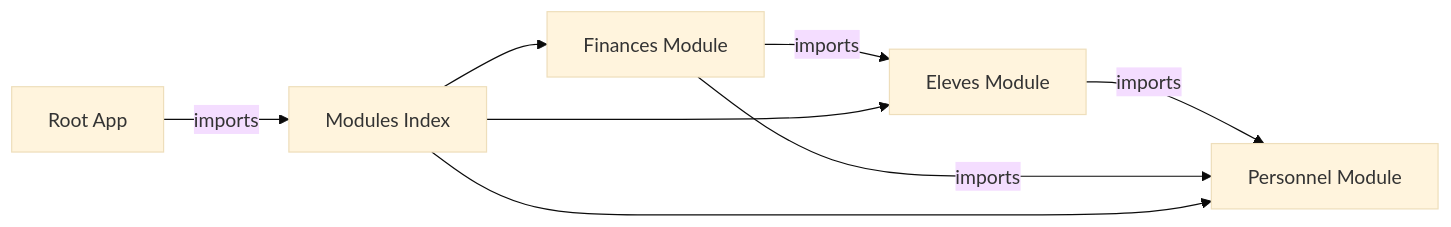
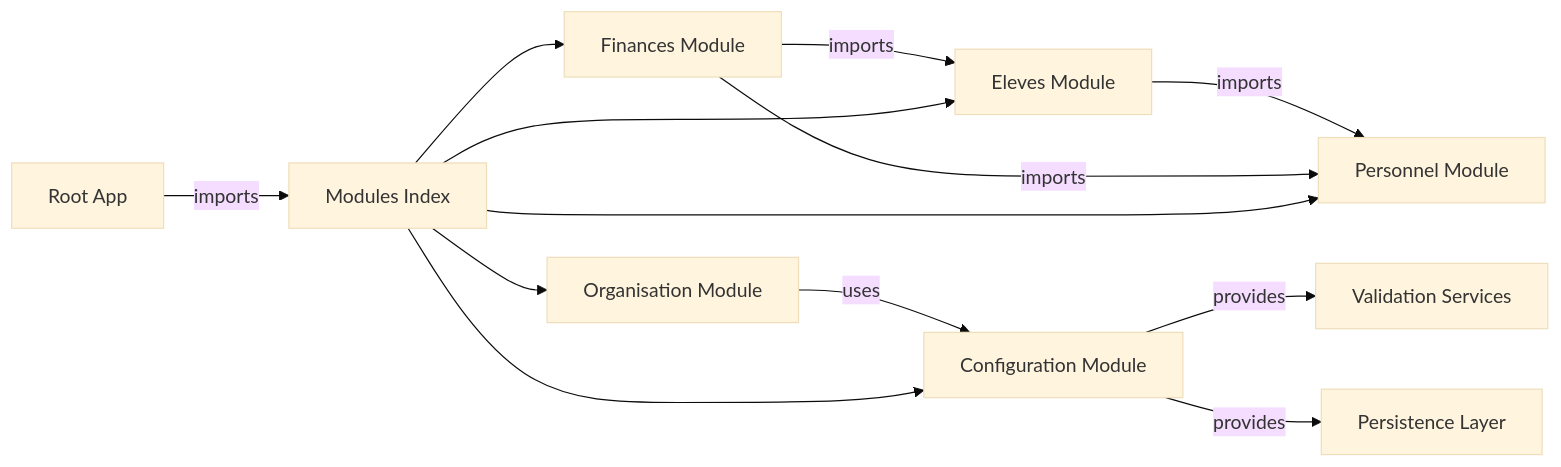
One commit to franckylab/eLISAschool changed the sixth of 6 diagrams in .qoder/repowiki/en/content/System Architecture/Backend Architecture/Modular Architecture Pattern.md. Above: the diagram before and after it, drawn with Mermaid (base theme). The commit also changed other lines of this file and 262 other files, not shown here.

First line of the commit message:
refactor(architecture): améliorer gestion distribuée de la configuration et délégation contrôleur

````diff
--- a/.qoder/repowiki/en/content/System Architecture/Backend Architecture/Modular Architecture Pattern.md
+++ b/.qoder/repowiki/en/content/System Architecture/Backend Architecture/Modular Architecture Pattern.md
@@ -283,10 +394,15 @@
 ```mermaid
 graph LR
 Eleves["Eleves Module"] --> |imports| Personnel["Personnel Module"]
 Finances["Finances Module"] --> |imports| Eleves
 Finances --> |imports| Personnel
+Organisation["Organisation Module"] --> |uses| Configuration["Configuration Module"]
+Configuration --> |provides| Validation["Validation Services"]
+Configuration --> |provides| Persistence["Persistence Layer"]
 App["Root App"] --> |imports| ModulesIndex["Modules Index"]
 ModulesIndex --> Eleves
 ModulesIndex --> Personnel
 ModulesIndex --> Finances
+ModulesIndex --> Organisation
+ModulesIndex --> Configuration
 ```
````
